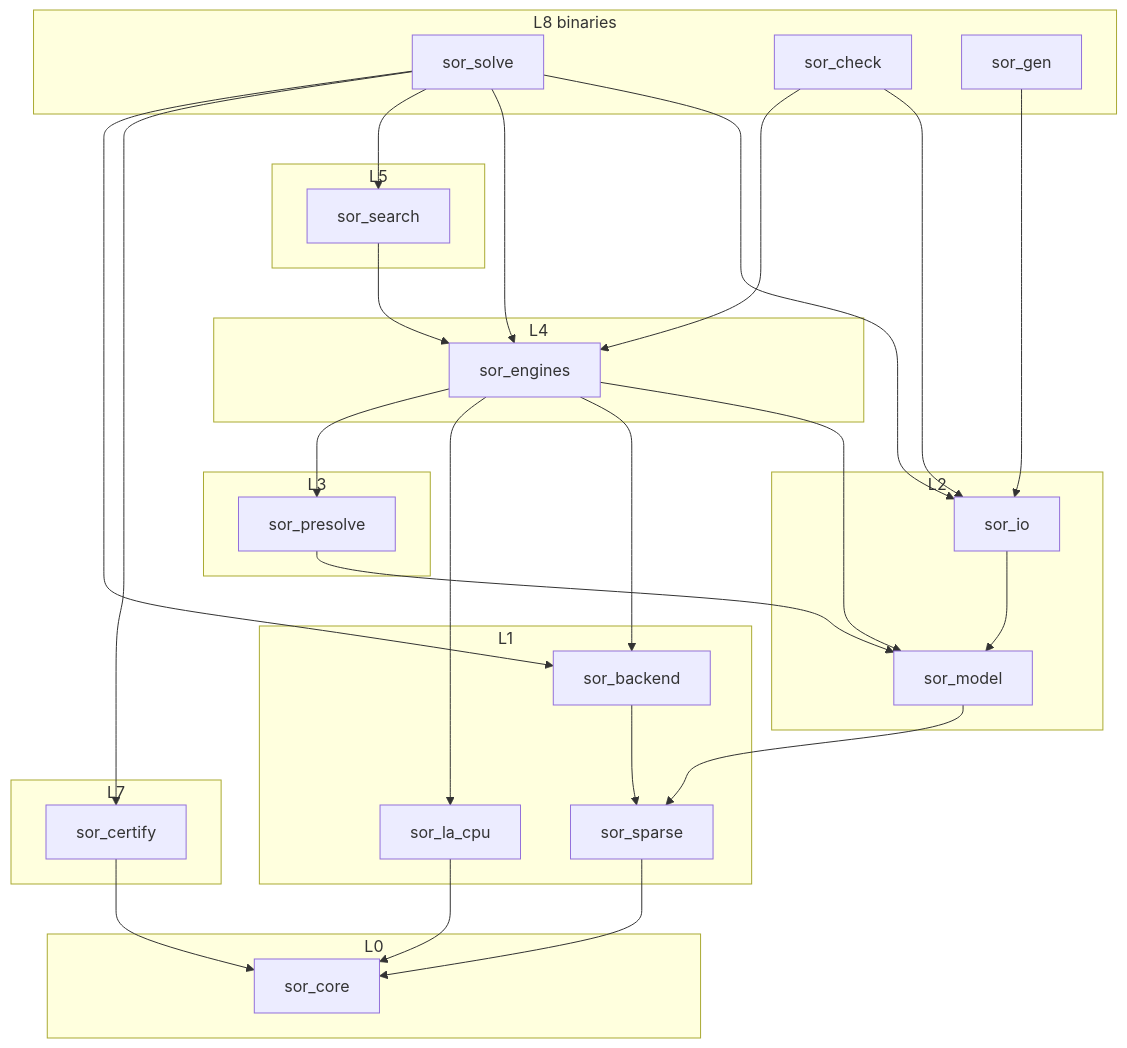
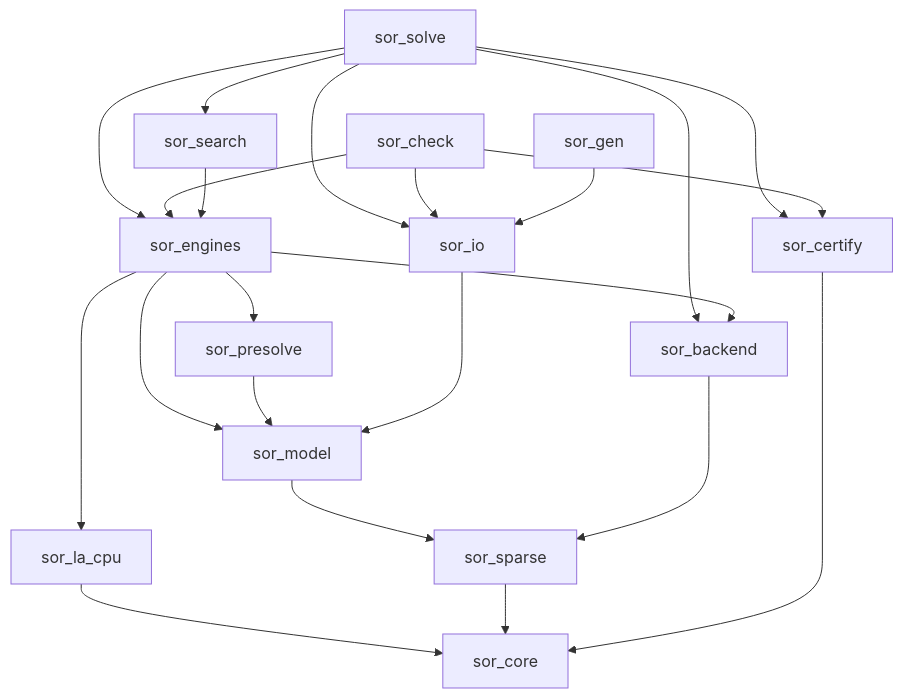
The first of 5 diagrams in docs/architecture.md (YashSuthar983/Forge), drawn with Mermaid before and after one commit. The commit also changed other lines of this file and 9 other files, not shown here.

Commit message:
chore: updated docs and architecture

````diff
--- a/docs/architecture.md
+++ b/docs/architecture.md
@@ -76,53 +74,16 @@
 ```mermaid
 flowchart TB
-  subgraph L8["L8 binaries"]
-    solve[sor_solve]
-    check[sor_check]
-    gen[sor_gen]
-  end
-  subgraph L7["L7"]
-    cert[sor_certify]
-  end
-  subgraph L5["L5"]
-    search[sor_search]
-  end
-  subgraph L4["L4"]
-    eng[sor_engines]
-  end
-  subgraph L3["L3"]
-    pre[sor_presolve]
-  end
-  subgraph L2["L2"]
-    io[sor_io]
-    model[sor_model]
-  end
-  subgraph L1["L1"]
-    be[sor_backend]
-    la[sor_la_cpu]
-    sp[sor_sparse]
-  end
-  subgraph L0["L0"]
-    core[sor_core]
-  end
-
-  solve --> io
-  solve --> eng
-  solve --> search
-  solve --> cert
-  solve --> be
-  check --> io
-  check --> eng
-  gen --> io
-  search --> eng
-  eng --> model
-  eng --> be
-  eng --> la
-  eng --> pre
-  pre --> model
-  io --> model
-  model --> sp
-  be --> sp
-  la --> core
-  sp --> core
-  cert --> core
+  solve[sor_solve] --> io & eng & search & cert & be
+  check[sor_check] --> io & eng & cert
+  gen[sor_gen] --> io
+  search[sor_search] --> eng
+  eng[sor_engines] --> model & be & la & pre
+  pre[sor_presolve] --> model
+  io[sor_io] --> model
+  model[sor_model] --> sp
+  be[sor_backend] --> sp
+  la[sor_la_cpu] --> core
+  sp[sor_sparse] --> core
+  cert[sor_certify] --> core
+  core[sor_core]
 ```
````
